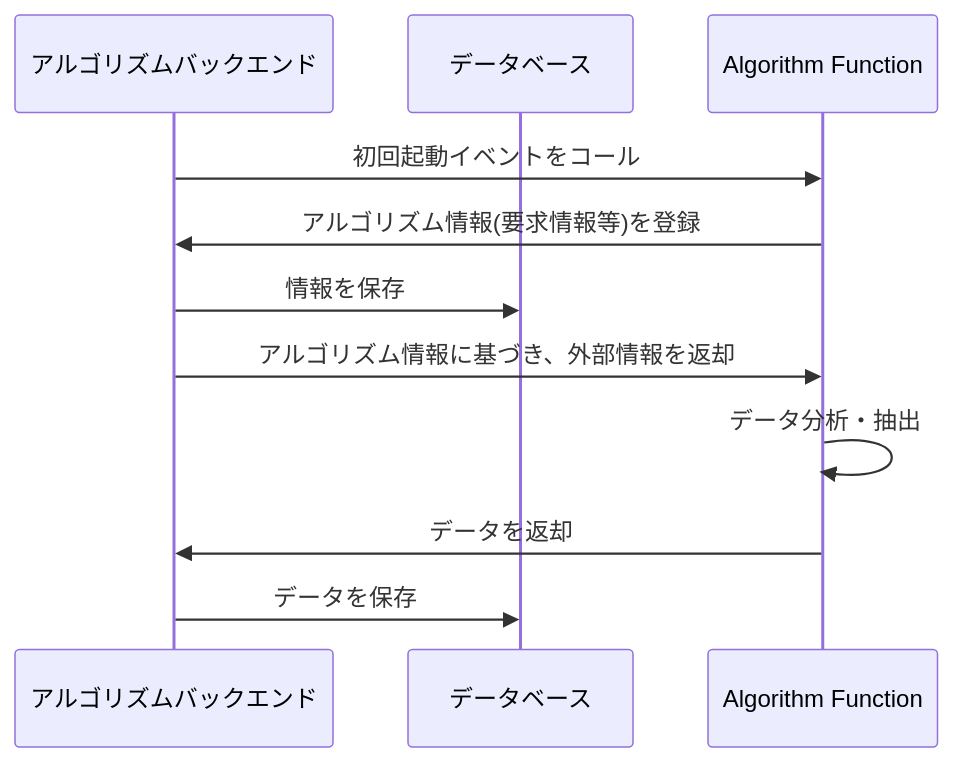
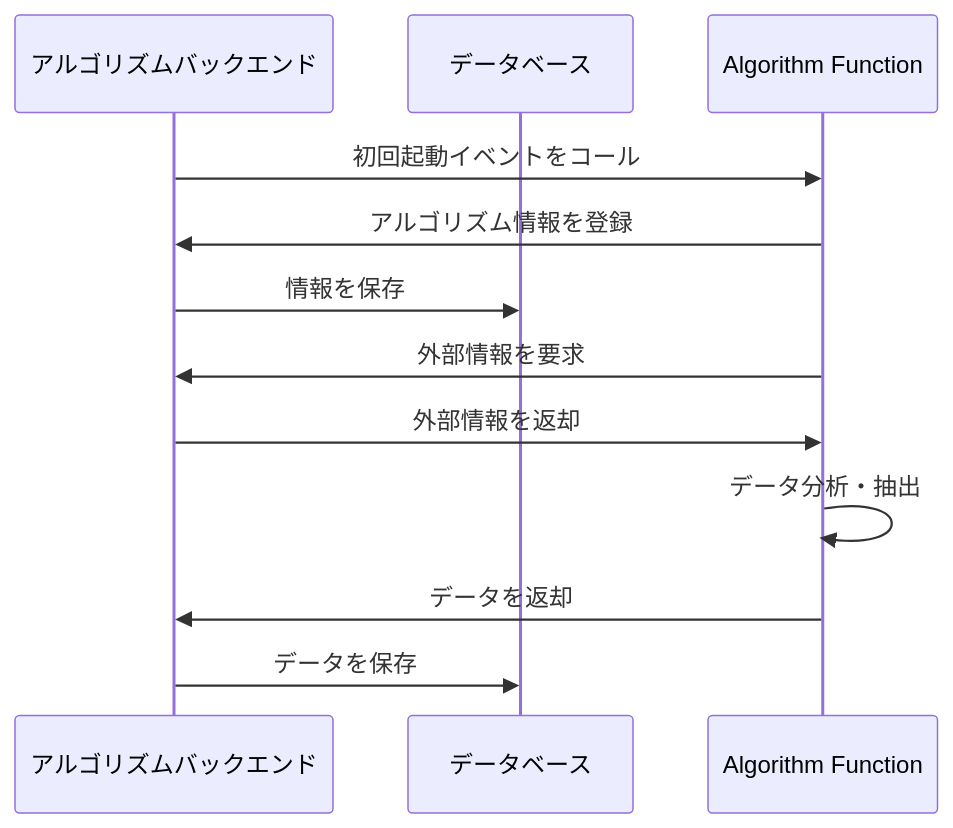
Before and after one commit to halcyon-org/belifeline-architecture: the first of 2 diagrams in docs/feat/system/sequence/algorithm.md, drawn with Mermaid. The commit also changed other lines of this file, not shown here.

````diff
--- a/docs/feat/system/sequence/algorithm.md
+++ b/docs/feat/system/sequence/algorithm.md
@@ -20,14 +20,15 @@
 ```mermaid
 sequenceDiagram
     participant server as アルゴリズムバックエンド
     participant db as データベース
     participant func as Algorithm Function
     server ->> func: 初回起動イベントをコール
-    func ->> server: アルゴリズム情報(要求情報等)を登録
+    func ->> server: アルゴリズム情報を登録
     server ->> db: 情報を保存
-    server ->> func: アルゴリズム情報に基づき、外部情報を返却
+    func ->> server: 外部情報を要求
+    server ->> func: 外部情報を返却
     func ->> func: データ分析・抽出
     func ->> server: データを返却
     server ->> db: データを保存
 
 ```
````
